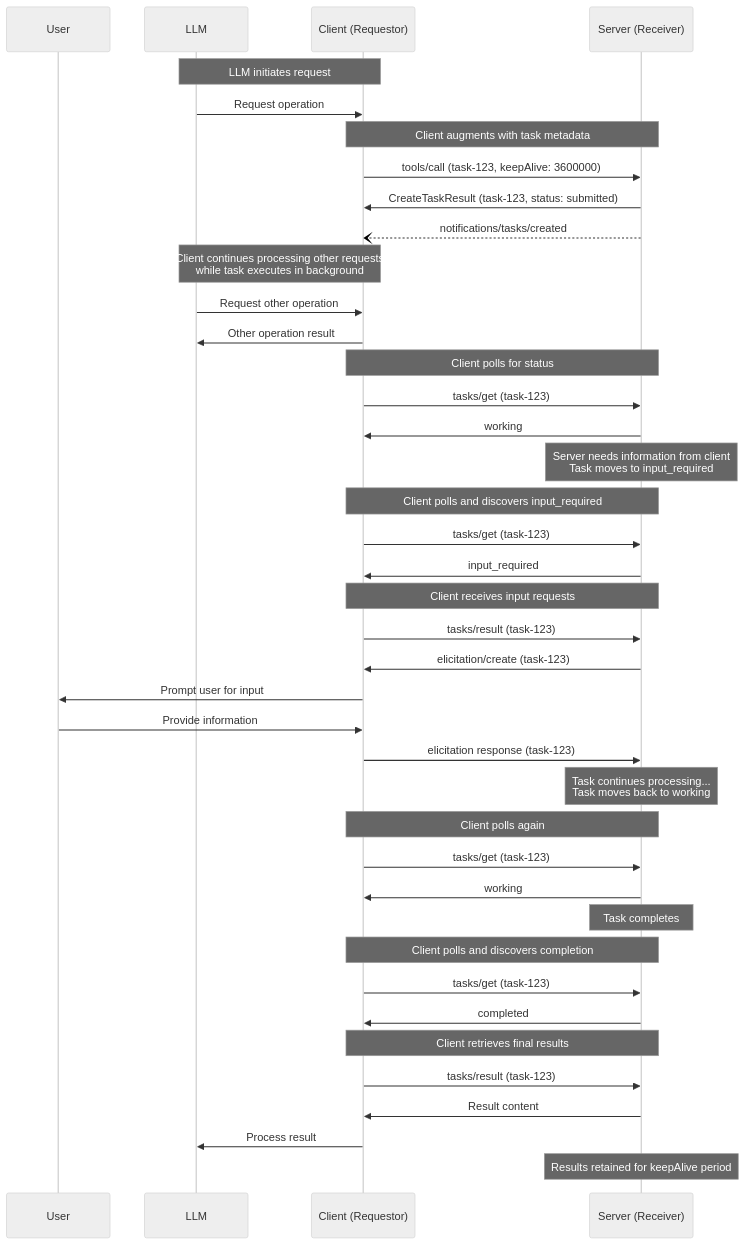
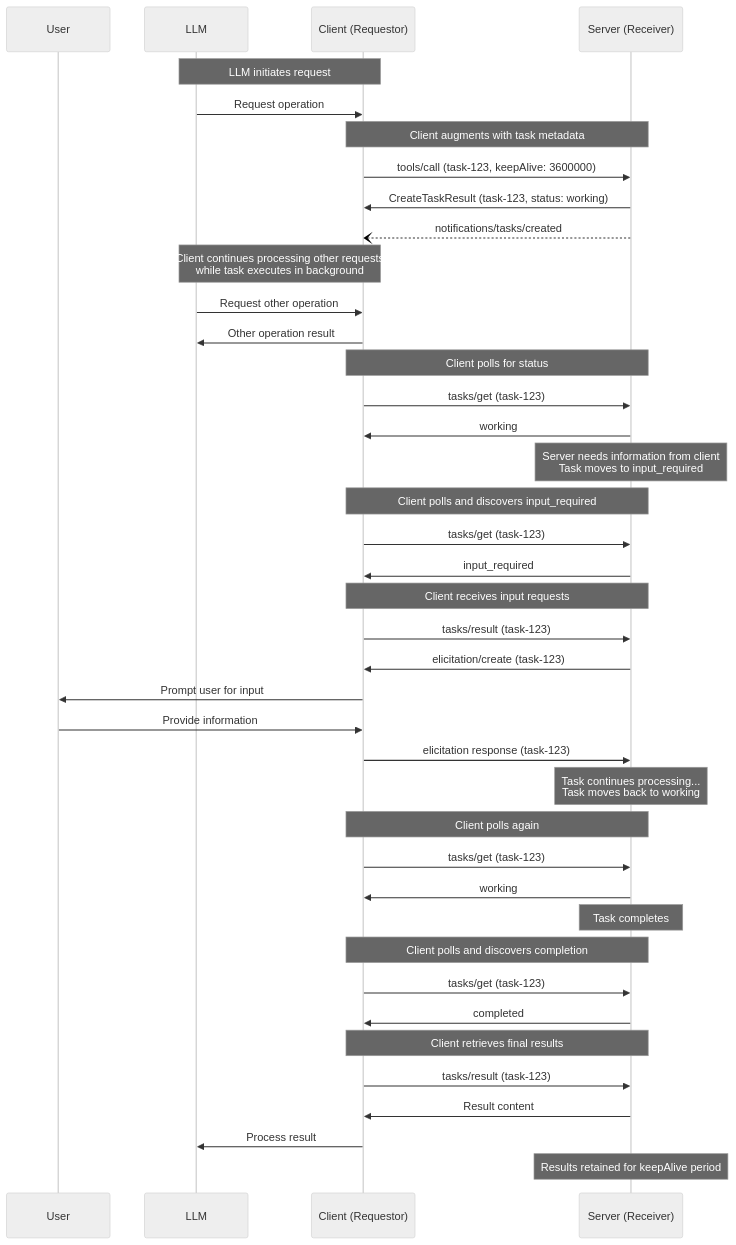
The third of 6 diagrams in docs/specification/draft/basic/utilities/tasks.mdx (scottslewis/modelcontextprotocol), drawn with Mermaid (neutral theme) before and after one commit. The commit also changed other lines of this file and 3 other files, not shown here.

````diff
--- a/docs/specification/draft/basic/utilities/tasks.mdx
+++ b/docs/specification/draft/basic/utilities/tasks.mdx
@@ -482,55 +473,55 @@
 ```mermaid
 sequenceDiagram
     participant U as User
     participant LLM
     participant C as Client (Requestor)
     participant S as Server (Receiver)
 
     Note over LLM,C: LLM initiates request
     LLM->>C: Request operation
 
     Note over C,S: Client augments with task metadata
     C->>S: tools/call (task-123, keepAlive: 3600000)
-    S->>C: CreateTaskResult (task-123, status: submitted)
+    S->>C: CreateTaskResult (task-123, status: working)
     S--)C: notifications/tasks/created
 
     Note over LLM,C: Client continues processing other requests<br/>while task executes in background
     LLM->>C: Request other operation
     C->>LLM: Other operation result
 
     Note over C,S: Client polls for status
     C->>S: tasks/get (task-123)
     S->>C: working
 
     Note over S: Server needs information from client<br/>Task moves to input_required
 
     Note over C,S: Client polls and discovers input_required
     C->>S: tasks/get (task-123)
     S->>C: input_required
 
     Note over C,S: Client receives input requests
     C->>S: tasks/result (task-123)
     S->>C: elicitation/create (task-123)
     C->>U: Prompt user for input
     U->>C: Provide information
     C->>S: elicitation response (task-123)
 
     Note over S: Task continues processing...<br/>Task moves back to working
 
     Note over C,S: Client polls again
     C->>S: tasks/get (task-123)
     S->>C: working
 
     Note over S: Task completes
 
     Note over C,S: Client polls and discovers completion
     C->>S: tasks/get (task-123)
     S->>C: completed
 
     Note over C,S: Client retrieves final results
     C->>S: tasks/result (task-123)
     S->>C: Result content
     C->>LLM: Process result
 
     Note over S: Results retained for keepAlive period
 ```
````
